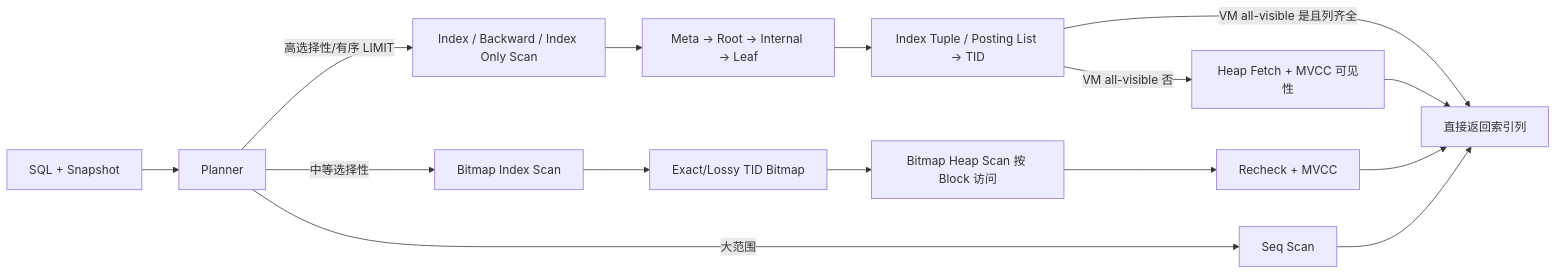
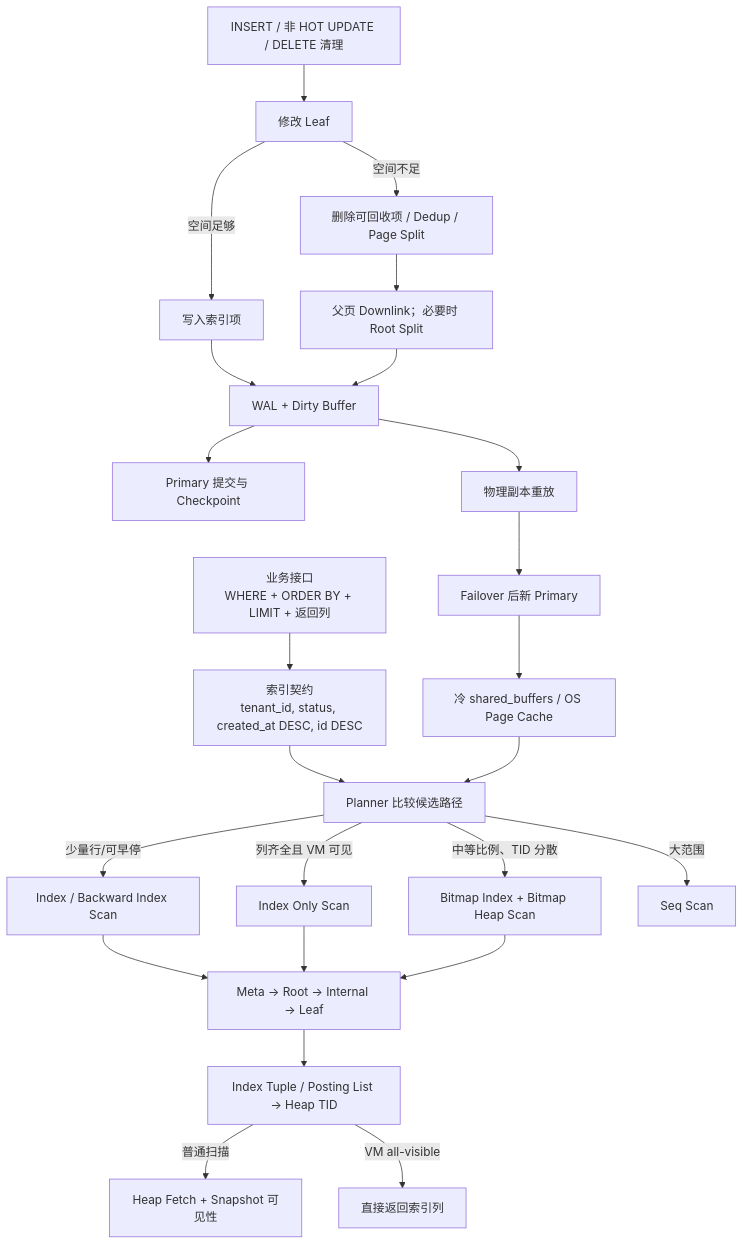
One commit to LienJack/learn-agent changed the diagram in src/content/blog/zh/tech/PostgreSQL/assets/04-postgresql-b-tree/mermaid-01.mmd. Above: the diagram before and after it, drawn with Mermaid. The commit also changed 65 other files, not shown here.

```diff
--- a/src/content/blog/zh/tech/PostgreSQL/assets/04-postgresql-b-tree/mermaid-01.mmd
+++ b/src/content/blog/zh/tech/PostgreSQL/assets/04-postgresql-b-tree/mermaid-01.mmd
@@ -1,17 +1,28 @@
-flowchart LR
-    Q[SQL + Snapshot] --> P[Planner]
-    P -->|高选择性/有序 LIMIT| IS[Index / Backward / Index Only Scan]
-    P -->|中等选择性| BIS[Bitmap Index Scan]
-    P -->|大范围| SS[Seq Scan]
+flowchart TD
+    A[业务接口<br/>WHERE + ORDER BY + LIMIT + 返回列] --> B[索引契约<br/>tenant_id, status, created_at DESC, id DESC]
+    B --> C[Planner 比较候选路径]
 
-    IS --> BTR[Meta → Root → Internal → Leaf]
-    BTR --> TID[Index Tuple / Posting List → TID]
-    TID -->|VM all-visible 否| HEAP[Heap Fetch + MVCC 可见性]
-    TID -->|VM all-visible 是且列齐全| RET[直接返回索引列]
+    C -->|少量行/可早停| D[Index / Backward Index Scan]
+    C -->|列齐全且 VM 可见| E[Index Only Scan]
+    C -->|中等比例、TID 分散| F[Bitmap Index + Bitmap Heap Scan]
+    C -->|大范围| G[Seq Scan]
 
-    BIS --> BM[Exact/Lossy TID Bitmap]
-    BM --> BHS[Bitmap Heap Scan 按 Block 访问]
-    BHS --> RC[Recheck + MVCC]
-    HEAP --> RET
-    RC --> RET
-    SS --> RET
+    D --> H[Meta → Root → Internal → Leaf]
+    E --> H
+    F --> H
+    H --> I[Index Tuple / Posting List → Heap TID]
+    I -->|普通扫描| J[Heap Fetch + Snapshot 可见性]
+    I -->|VM all-visible| K[直接返回索引列]
+
+    L[INSERT / 非 HOT UPDATE / DELETE 清理] --> M[修改 Leaf]
+    M -->|空间足够| N[写入索引项]
+    M -->|空间不足| O[删除可回收项 / Dedup / Page Split]
+    O --> P[父页 Downlink；必要时 Root Split]
+    N --> Q[WAL + Dirty Buffer]
+    P --> Q
+
+    Q --> R[Primary 提交与 Checkpoint]
+    Q --> S[物理副本重放]
+    S --> T[Failover 后新 Primary]
+    T --> U[冷 shared_buffers / OS Page Cache]
+    U --> C
```
